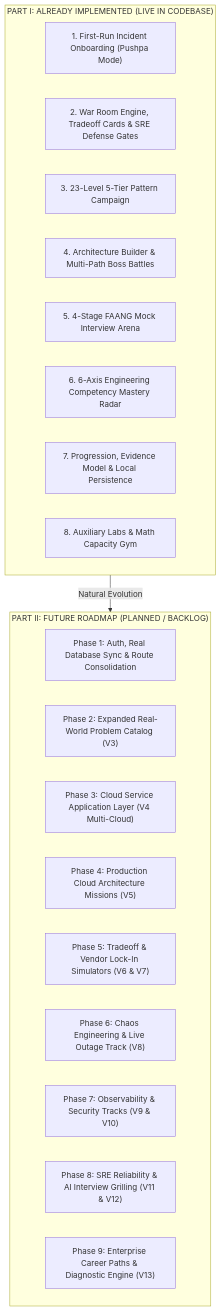
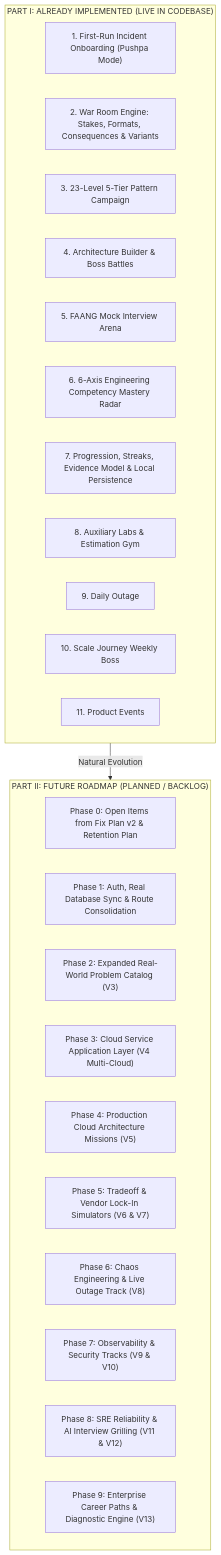
The first of 2 diagrams in MASTER_IMPLEMENTATION_PLAN.md (Singhak/boaringSD), drawn with Mermaid before and after one commit. The commit also changed other lines of this file and 1 other file, not shown here.

Commit message:
Update README.md: Revise tech stack, quick start guide, and feature descriptions; clarify persistence and grading details; enhance incident war room and builder loop sections.

````diff
--- a/MASTER_IMPLEMENTATION_PLAN.md
+++ b/MASTER_IMPLEMENTATION_PLAN.md
@@ -60,27 +72,31 @@
 ```mermaid
 graph TD
     subgraph Part1["PART I: ALREADY IMPLEMENTED (LIVE IN CODEBASE)"]
         A1["1. First-Run Incident Onboarding (Pushpa Mode)"]
-        A2["2. War Room Engine, Tradeoff Cards & SRE Defense Gates"]
+        A2["2. War Room Engine: Stakes, Formats, Consequences & Variants"]
         A3["3. 23-Level 5-Tier Pattern Campaign"]
-        A4["4. Architecture Builder & Multi-Path Boss Battles"]
-        A5["5. 4-Stage FAANG Mock Interview Arena"]
+        A4["4. Architecture Builder & Boss Battles"]
+        A5["5. FAANG Mock Interview Arena"]
         A6["6. 6-Axis Engineering Competency Mastery Radar"]
-        A7["7. Progression, Evidence Model & Local Persistence"]
-        A8["8. Auxiliary Labs & Math Capacity Gym"]
+        A7["7. Progression, Streaks, Evidence Model & Local Persistence"]
+        A8["8. Auxiliary Labs & Estimation Gym"]
+        A9["9. Daily Outage"]
+        A10["10. Scale Journey Weekly Boss"]
+        A11["11. Product Events"]
     end
 
     subgraph Part2["PART II: FUTURE ROADMAP (PLANNED / BACKLOG)"]
+        F0["Phase 0: Open Items from Fix Plan v2 & Retention Plan"]
         F1["Phase 1: Auth, Real Database Sync & Route Consolidation"]
         F2["Phase 2: Expanded Real-World Problem Catalog (V3)"]
         F3["Phase 3: Cloud Service Application Layer (V4 Multi-Cloud)"]
         F4["Phase 4: Production Cloud Architecture Missions (V5)"]
         F5["Phase 5: Tradeoff & Vendor Lock-In Simulators (V6 & V7)"]
         F6["Phase 6: Chaos Engineering & Live Outage Track (V8)"]
         F7["Phase 7: Observability & Security Tracks (V9 & V10)"]
         F8["Phase 8: SRE Reliability & AI Interview Grilling (V11 & V12)"]
         F9["Phase 9: Enterprise Career Paths & Diagnostic Engine (V13)"]
     end
 
     Part1 -->|Natural Evolution| Part2
 ```
````
